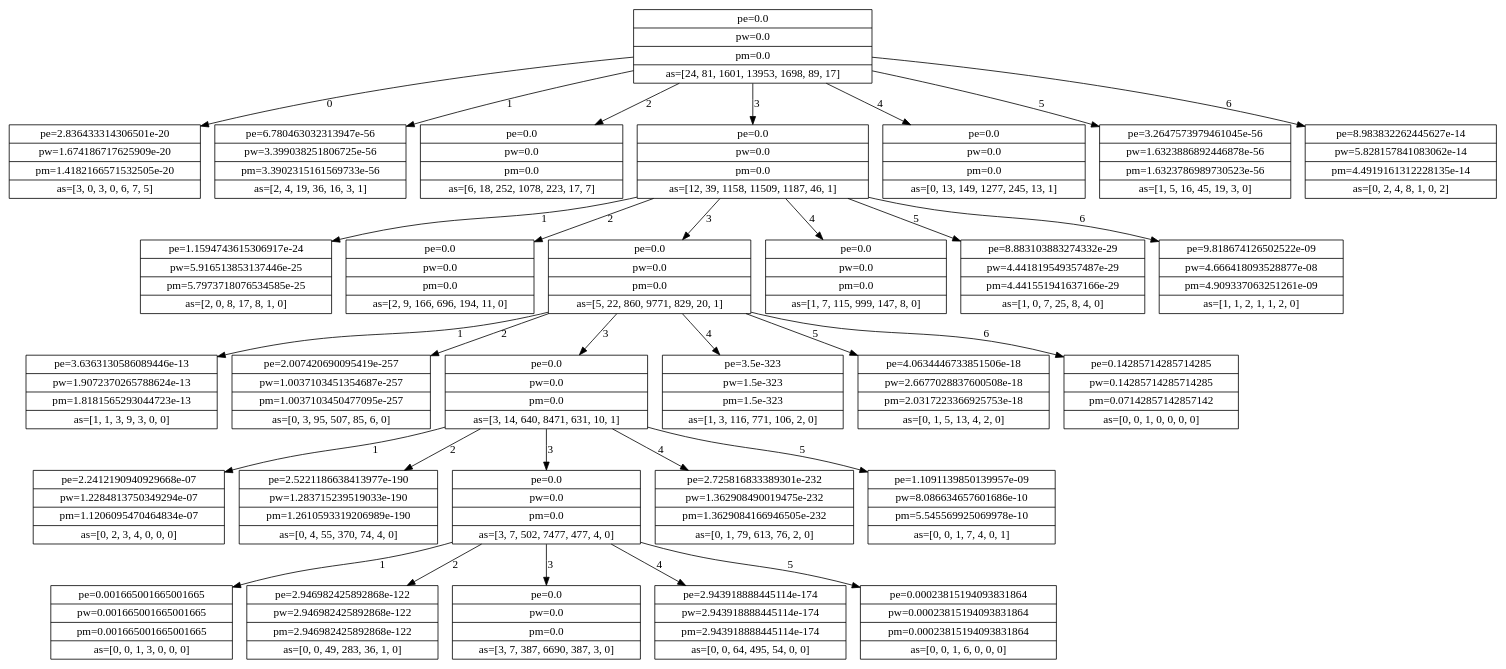
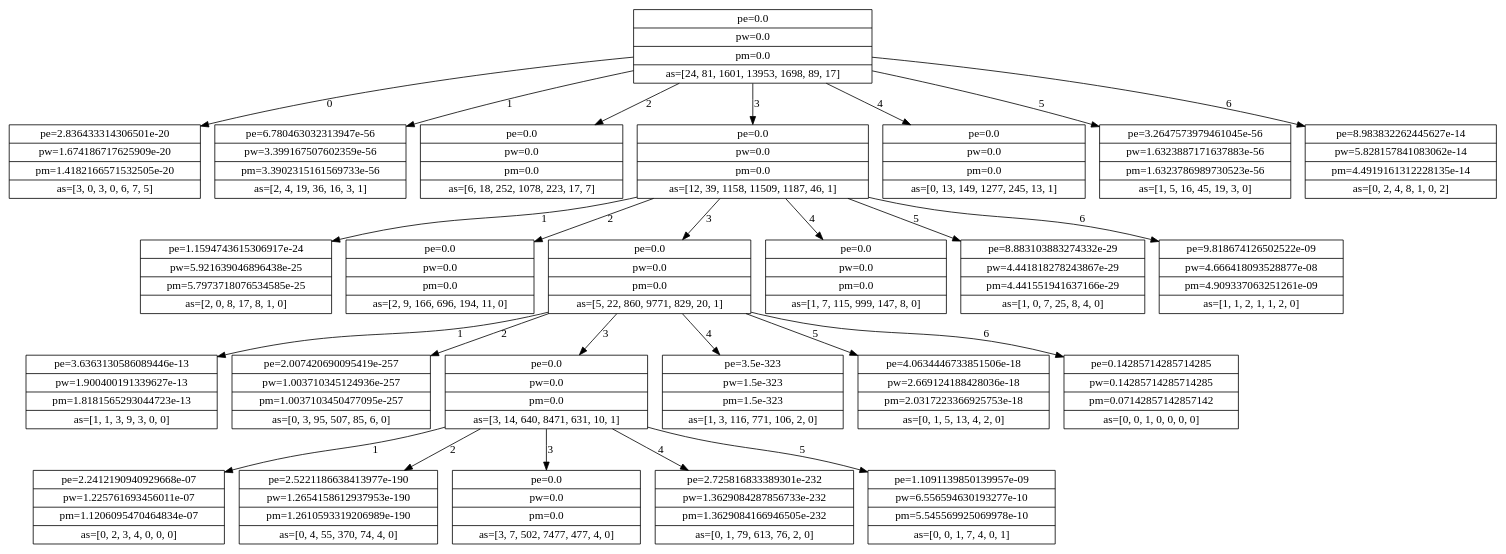
The diagram in new_version/output/sp500.dot (paulcacheux/ctw), drawn with Graphviz before and after one commit. The commit also changed 6 other files, not shown here.

```diff
--- a/new_version/output/sp500.dot
+++ b/new_version/output/sp500.dot
@@ -1,62 +1,52 @@
 digraph nodes {
 	node [shape=record];
 	name0 [label="{pe=0.0 | pw=0.0 | pm=0.0 | as=[24, 81, 1601, 13953, 1698, 89, 17]}"];
 	name1 [label="{pe=2.836433314306501e-20 | pw=1.674186717625909e-20 | pm=1.4182166571532505e-20 | as=[3, 0, 3, 0, 6, 7, 5]}"];
 	name0 -> name1 [label=0];
-	name2 [label="{pe=6.780463032313947e-56 | pw=3.399038251806725e-56 | pm=3.3902315161569733e-56 | as=[2, 4, 19, 36, 16, 3, 1]}"];
+	name2 [label="{pe=6.780463032313947e-56 | pw=3.399167507602359e-56 | pm=3.3902315161569733e-56 | as=[2, 4, 19, 36, 16, 3, 1]}"];
 	name0 -> name2 [label=1];
 	name3 [label="{pe=0.0 | pw=0.0 | pm=0.0 | as=[6, 18, 252, 1078, 223, 17, 7]}"];
 	name0 -> name3 [label=2];
 	name4 [label="{pe=0.0 | pw=0.0 | pm=0.0 | as=[12, 39, 1158, 11509, 1187, 46, 1]}"];
-	name5 [label="{pe=1.1594743615306917e-24 | pw=5.916513853137446e-25 | pm=5.7973718076534585e-25 | as=[2, 0, 8, 17, 8, 1, 0]}"];
+	name5 [label="{pe=1.1594743615306917e-24 | pw=5.921639046896438e-25 | pm=5.7973718076534585e-25 | as=[2, 0, 8, 17, 8, 1, 0]}"];
 	name4 -> name5 [label=1];
 	name6 [label="{pe=0.0 | pw=0.0 | pm=0.0 | as=[2, 9, 166, 696, 194, 11, 0]}"];
 	name4 -> name6 [label=2];
 	name7 [label="{pe=0.0 | pw=0.0 | pm=0.0 | as=[5, 22, 860, 9771, 829, 20, 1]}"];
-	name8 [label="{pe=3.6363130586089446e-13 | pw=1.9072370265788624e-13 | pm=1.8181565293044723e-13 | as=[1, 1, 3, 9, 3, 0, 0]}"];
+	name8 [label="{pe=3.6363130586089446e-13 | pw=1.900400191339627e-13 | pm=1.8181565293044723e-13 | as=[1, 1, 3, 9, 3, 0, 0]}"];
 	name7 -> name8 [label=1];
-	name9 [label="{pe=2.007420690095419e-257 | pw=1.0037103451354687e-257 | pm=1.0037103450477095e-257 | as=[0, 3, 95, 507, 85, 6, 0]}"];
+	name9 [label="{pe=2.007420690095419e-257 | pw=1.003710345124936e-257 | pm=1.0037103450477095e-257 | as=[0, 3, 95, 507, 85, 6, 0]}"];
 	name7 -> name9 [label=2];
 	name10 [label="{pe=0.0 | pw=0.0 | pm=0.0 | as=[3, 14, 640, 8471, 631, 10, 1]}"];
-	name11 [label="{pe=2.2412190940929668e-07 | pw=1.2284813750349294e-07 | pm=1.1206095470464834e-07 | as=[0, 2, 3, 4, 0, 0, 0]}"];
+	name11 [label="{pe=2.2412190940929668e-07 | pw=1.225761693456011e-07 | pm=1.1206095470464834e-07 | as=[0, 2, 3, 4, 0, 0, 0]}"];
 	name10 -> name11 [label=1];
-	name12 [label="{pe=2.5221186638413977e-190 | pw=1.283715239519033e-190 | pm=1.2610593319206989e-190 | as=[0, 4, 55, 370, 74, 4, 0]}"];
+	name12 [label="{pe=2.5221186638413977e-190 | pw=1.2654158612937953e-190 | pm=1.2610593319206989e-190 | as=[0, 4, 55, 370, 74, 4, 0]}"];
 	name10 -> name12 [label=2];
 	name13 [label="{pe=0.0 | pw=0.0 | pm=0.0 | as=[3, 7, 502, 7477, 477, 4, 0]}"];
-	name14 [label="{pe=0.001665001665001665 | pw=0.001665001665001665 | pm=0.001665001665001665 | as=[0, 0, 1, 3, 0, 0, 0]}"];
-	name13 -> name14 [label=1];
-	name15 [label="{pe=2.946982425892868e-122 | pw=2.946982425892868e-122 | pm=2.946982425892868e-122 | as=[0, 0, 49, 283, 36, 1, 0]}"];
-	name13 -> name15 [label=2];
-	name16 [label="{pe=0.0 | pw=0.0 | pm=0.0 | as=[3, 7, 387, 6690, 387, 3, 0]}"];
-	name13 -> name16 [label=3];
-	name17 [label="{pe=2.943918888445114e-174 | pw=2.943918888445114e-174 | pm=2.943918888445114e-174 | as=[0, 0, 64, 495, 54, 0, 0]}"];
-	name13 -> name17 [label=4];
-	name18 [label="{pe=0.00023815194093831864 | pw=0.00023815194093831864 | pm=0.00023815194093831864 | as=[0, 0, 1, 6, 0, 0, 0]}"];
-	name13 -> name18 [label=5];
 	name10 -> name13 [label=3];
-	name19 [label="{pe=2.725816833389301e-232 | pw=1.362908490019475e-232 | pm=1.3629084166946505e-232 | as=[0, 1, 79, 613, 76, 2, 0]}"];
-	name10 -> name19 [label=4];
-	name20 [label="{pe=1.1091139850139957e-09 | pw=8.086634657601686e-10 | pm=5.545569925069978e-10 | as=[0, 0, 1, 7, 4, 0, 1]}"];
-	name10 -> name20 [label=5];
+	name14 [label="{pe=2.725816833389301e-232 | pw=1.3629084287856733e-232 | pm=1.3629084166946505e-232 | as=[0, 1, 79, 613, 76, 2, 0]}"];
+	name10 -> name14 [label=4];
+	name15 [label="{pe=1.1091139850139957e-09 | pw=6.556594630193277e-10 | pm=5.545569925069978e-10 | as=[0, 0, 1, 7, 4, 0, 1]}"];
+	name10 -> name15 [label=5];
 	name7 -> name10 [label=3];
-	name21 [label="{pe=3.5e-323 | pw=1.5e-323 | pm=1.5e-323 | as=[1, 3, 116, 771, 106, 2, 0]}"];
-	name7 -> name21 [label=4];
-	name22 [label="{pe=4.0634446733851506e-18 | pw=2.6677028837600508e-18 | pm=2.0317223366925753e-18 | as=[0, 1, 5, 13, 4, 2, 0]}"];
-	name7 -> name22 [label=5];
-	name23 [label="{pe=0.14285714285714285 | pw=0.14285714285714285 | pm=0.07142857142857142 | as=[0, 0, 1, 0, 0, 0, 0]}"];
-	name7 -> name23 [label=6];
+	name16 [label="{pe=3.5e-323 | pw=1.5e-323 | pm=1.5e-323 | as=[1, 3, 116, 771, 106, 2, 0]}"];
+	name7 -> name16 [label=4];
+	name17 [label="{pe=4.0634446733851506e-18 | pw=2.669124188428036e-18 | pm=2.0317223366925753e-18 | as=[0, 1, 5, 13, 4, 2, 0]}"];
+	name7 -> name17 [label=5];
+	name18 [label="{pe=0.14285714285714285 | pw=0.14285714285714285 | pm=0.07142857142857142 | as=[0, 0, 1, 0, 0, 0, 0]}"];
+	name7 -> name18 [label=6];
 	name4 -> name7 [label=3];
-	name24 [label="{pe=0.0 | pw=0.0 | pm=0.0 | as=[1, 7, 115, 999, 147, 8, 0]}"];
-	name4 -> name24 [label=4];
-	name25 [label="{pe=8.883103883274332e-29 | pw=4.441819549357487e-29 | pm=4.441551941637166e-29 | as=[1, 0, 7, 25, 8, 4, 0]}"];
-	name4 -> name25 [label=5];
-	name26 [label="{pe=9.818674126502522e-09 | pw=4.666418093528877e-08 | pm=4.909337063251261e-09 | as=[1, 1, 2, 1, 1, 2, 0]}"];
-	name4 -> name26 [label=6];
+	name19 [label="{pe=0.0 | pw=0.0 | pm=0.0 | as=[1, 7, 115, 999, 147, 8, 0]}"];
+	name4 -> name19 [label=4];
+	name20 [label="{pe=8.883103883274332e-29 | pw=4.441818278243867e-29 | pm=4.441551941637166e-29 | as=[1, 0, 7, 25, 8, 4, 0]}"];
+	name4 -> name20 [label=5];
+	name21 [label="{pe=9.818674126502522e-09 | pw=4.666418093528877e-08 | pm=4.909337063251261e-09 | as=[1, 1, 2, 1, 1, 2, 0]}"];
+	name4 -> name21 [label=6];
 	name0 -> name4 [label=3];
-	name27 [label="{pe=0.0 | pw=0.0 | pm=0.0 | as=[0, 13, 149, 1277, 245, 13, 1]}"];
-	name0 -> name27 [label=4];
-	name28 [label="{pe=3.2647573979461045e-56 | pw=1.6323886892446878e-56 | pm=1.6323786989730523e-56 | as=[1, 5, 16, 45, 19, 3, 0]}"];
-	name0 -> name28 [label=5];
-	name29 [label="{pe=8.983832262445627e-14 | pw=5.828157841083062e-14 | pm=4.4919161312228135e-14 | as=[0, 2, 4, 8, 1, 0, 2]}"];
-	name0 -> name29 [label=6];
+	name22 [label="{pe=0.0 | pw=0.0 | pm=0.0 | as=[0, 13, 149, 1277, 245, 13, 1]}"];
+	name0 -> name22 [label=4];
+	name23 [label="{pe=3.2647573979461045e-56 | pw=1.6323887171637883e-56 | pm=1.6323786989730523e-56 | as=[1, 5, 16, 45, 19, 3, 0]}"];
+	name0 -> name23 [label=5];
+	name24 [label="{pe=8.983832262445627e-14 | pw=5.828157841083062e-14 | pm=4.4919161312228135e-14 | as=[0, 2, 4, 8, 1, 0, 2]}"];
+	name0 -> name24 [label=6];
 }
```
